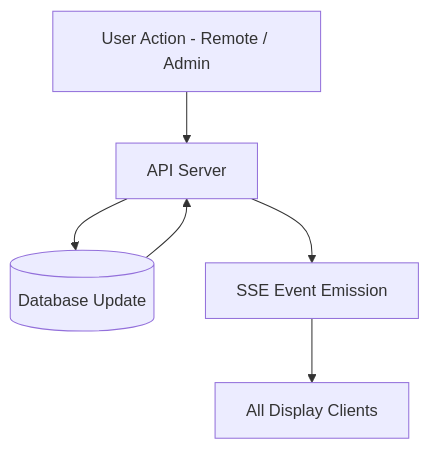
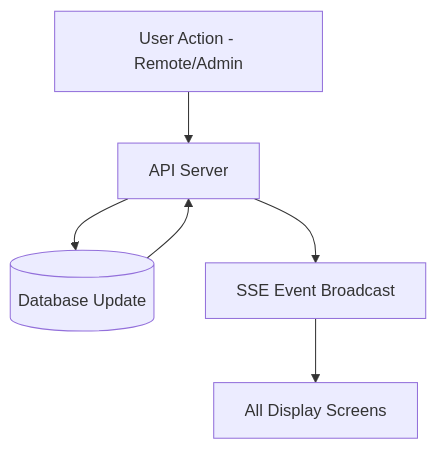
The fourth of 9 diagrams in architecture.md (miangelisse-ux/kairoslive), drawn with Mermaid before and after one commit. The commit also changed other lines of this file, not shown here.

````diff
--- a/architecture.md
+++ b/architecture.md
@@ -95,15 +94,15 @@
 ```mermaid
 flowchart TD
 
-Action[User Action - Remote / Admin]
+Action[User Action - Remote/Admin]
 API[API Server]
 DB[(Database Update)]
-Event[SSE Event Emission]
-Clients[All Display Clients]
+Event[SSE Event Broadcast]
+Display[All Display Screens]
 
 Action --> API
 API --> DB
 DB --> API
 API --> Event
-Event --> Clients
+Event --> Display
 ```
````
